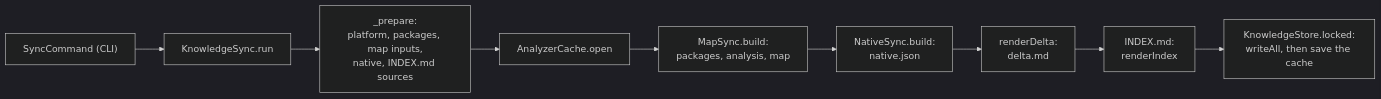
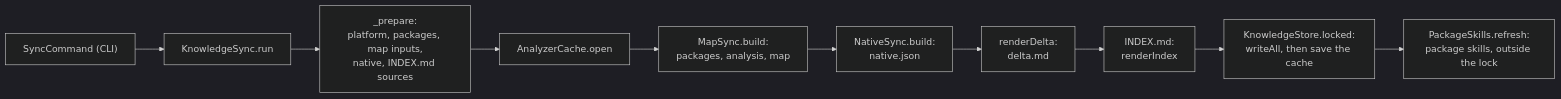
The diagram in docs/guide/knowledge-store.md (UTTAM-VAGHASIA/appstein), drawn with Mermaid (dark theme) before and after one commit. The commit also changed other lines of this file and 5 other files, not shown here.

First line of the commit message:
docs(guide): package skills page; cli, sync and architecture updates

````diff
--- a/docs/guide/knowledge-store.md
+++ b/docs/guide/knowledge-store.md
@@ -32,11 +32,12 @@
 ```mermaid
 flowchart LR
   cli["SyncCommand (CLI)"] --> run["KnowledgeSync.run"]
   run --> prepare["_prepare:<br/>platform, packages, map inputs,<br/>native, INDEX.md sources"]
   prepare --> cache["AnalyzerCache.open"]
   cache --> map["MapSync.build:<br/>packages, analysis, map"]
   map --> native["NativeSync.build:<br/>native.json"]
   native --> delta["renderDelta:<br/>delta.md"]
   delta --> index["INDEX.md:<br/>renderIndex"]
   index --> store["KnowledgeStore.locked:<br/>writeAll, then save the cache"]
+  store --> skills["PackageSkills.refresh:<br/>package skills, outside the lock"]
 ```
````
